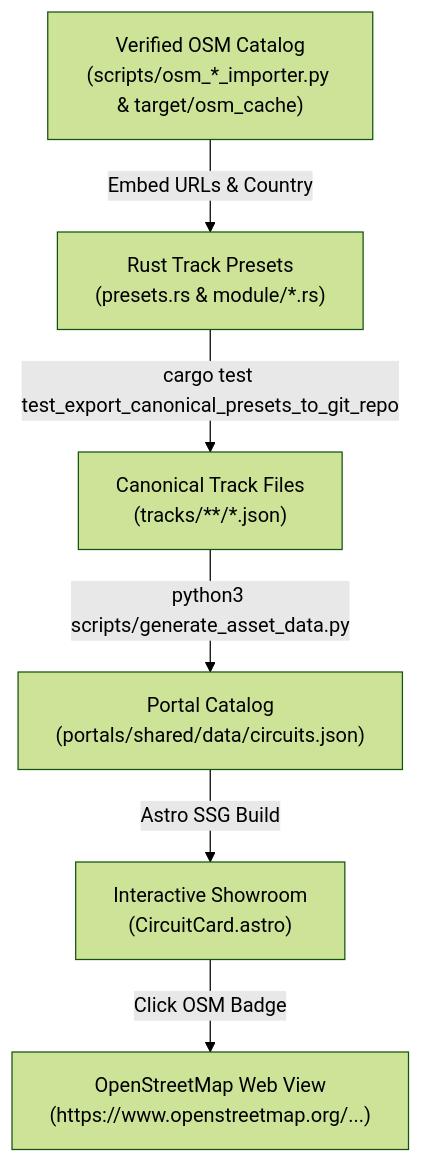
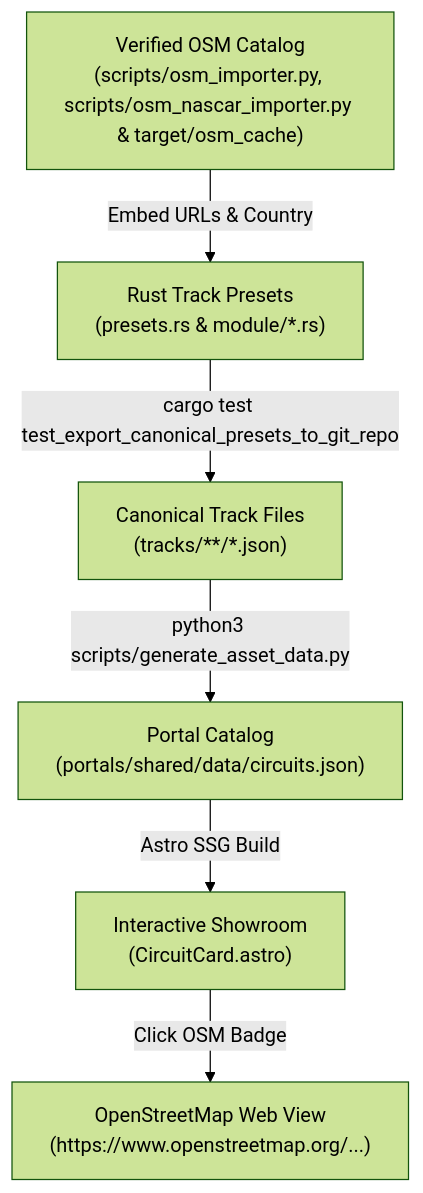
Before and after one commit to magomar/tdrace: the diagram in specs/021_authentic_openstreetmap_references_and_circuit_provenance.md, drawn with Mermaid (forest theme). The commit also changed other lines of this file and 8 other files, not shown here.

````diff
--- a/specs/021_authentic_openstreetmap_references_and_circuit_provenance.md
+++ b/specs/021_authentic_openstreetmap_references_and_circuit_provenance.md
@@ -47,8 +47,8 @@
 ```mermaid
 flowchart TD
-    A["Verified OSM Catalog<br/>(scripts/osm_*_importer.py & target/osm_cache)"] -->|Embed URLs & Country| B["Rust Track Presets<br/>(presets.rs & module/*.rs)"]
+    A["Verified OSM Catalog<br/>(scripts/osm_importer.py, scripts/osm_nascar_importer.py & target/osm_cache)"] -->|Embed URLs & Country| B["Rust Track Presets<br/>(presets.rs & module/*.rs)"]
     B -->|cargo test test_export_canonical_presets_to_git_repo| C["Canonical Track Files<br/>(tracks/**/*.json)"]
     C -->|python3 scripts/generate_asset_data.py| D["Portal Catalog<br/>(portals/shared/data/circuits.json)"]
     D -->|Astro SSG Build| E["Interactive Showroom<br/>(CircuitCard.astro)"]
     E -->|Click OSM Badge| F["OpenStreetMap Web View<br/>(https://www.openstreetmap.org/...)"]
 ```
````
